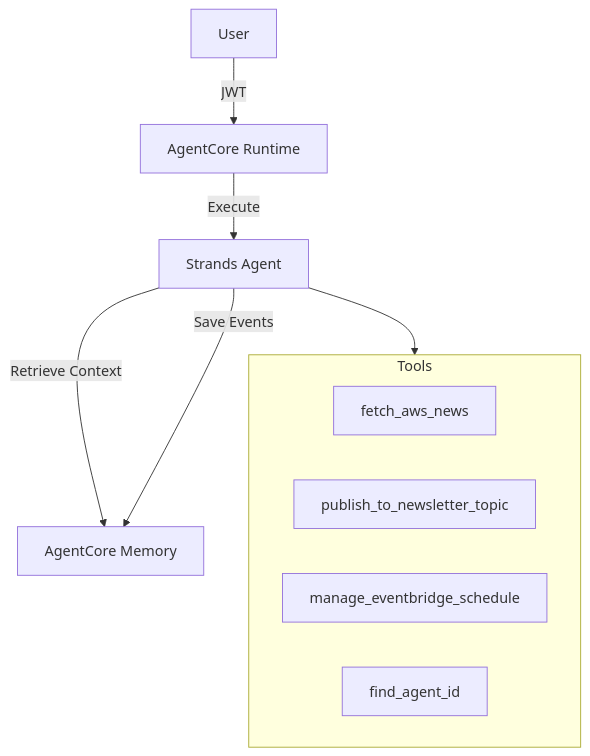
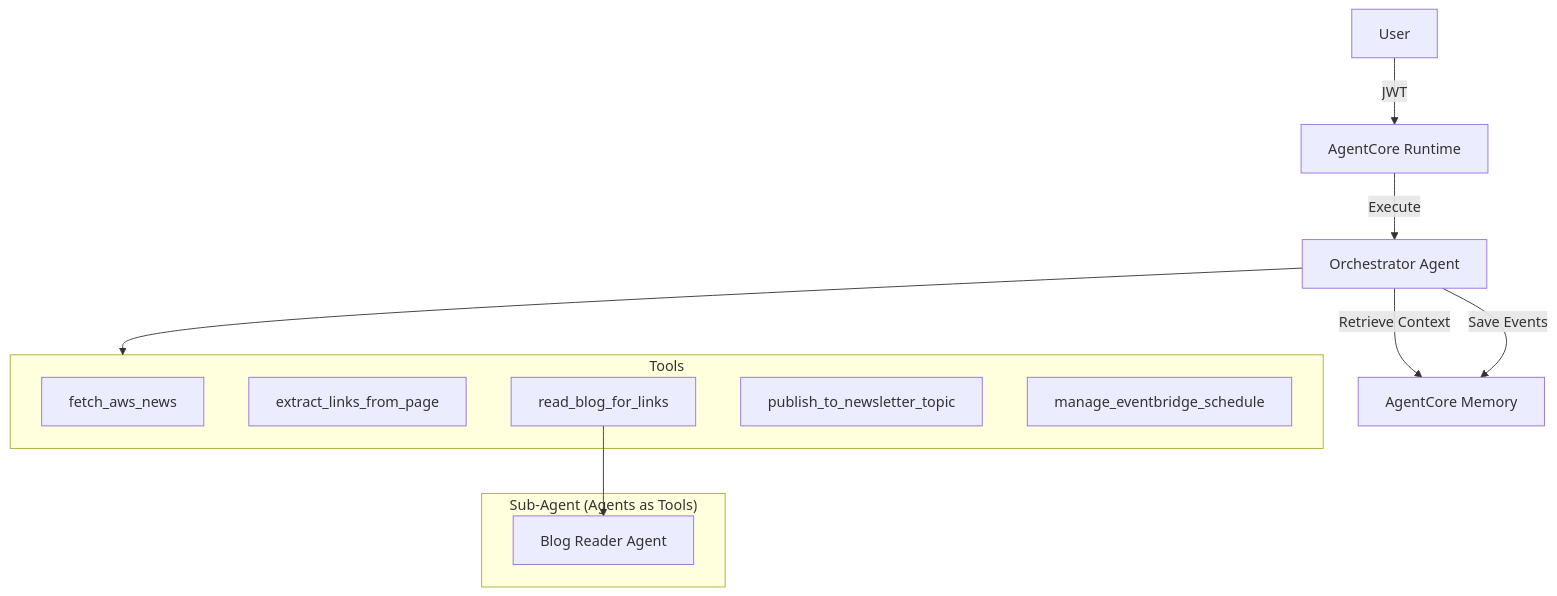
One commit to labeveryday/aws-whats-new-alerts changed the diagram in agent/README.md. Above: the diagram before and after it, drawn with Mermaid. The commit also changed other lines of this file and 4 other files, not shown here.

````diff
--- a/agent/README.md
+++ b/agent/README.md
@@ -15,17 +42,23 @@
 ```mermaid
 graph TD
     User[User] -->|JWT| Runtime[AgentCore Runtime]
-    Runtime -->|Execute| Agent[Strands Agent]
+    Runtime -->|Execute| Orchestrator[Orchestrator Agent]
 
-    Agent -->|Retrieve Context| Memory[AgentCore Memory]
-    Agent -->|Save Events| Memory
+    Orchestrator -->|Retrieve Context| Memory[AgentCore Memory]
+    Orchestrator -->|Save Events| Memory
 
     subgraph Tools
         News[fetch_aws_news]
+        Extract[extract_links_from_page]
+        Blog[read_blog_for_links]
         SNS[publish_to_newsletter_topic]
         Schedule[manage_eventbridge_schedule]
-        Find[find_agent_id]
     end
 
-    Agent --> Tools
+    subgraph "Sub-Agent (Agents as Tools)"
+        BlogAgent[Blog Reader Agent]
+    end
+
+    Orchestrator --> Tools
+    Blog --> BlogAgent
 ```
````
